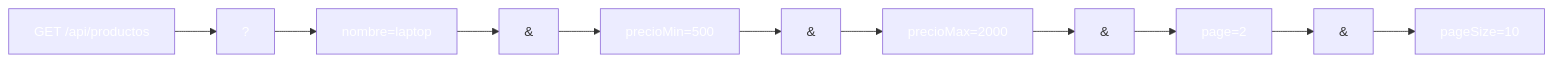
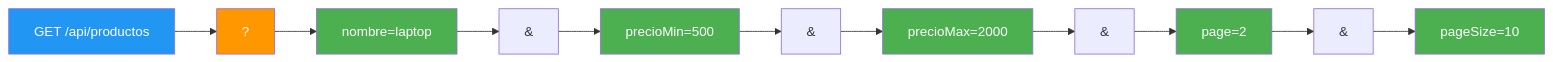
The seventh of 11 diagrams in 08-dtos-mapeadores-validaciones.md (joseluisgs/DesarrolloWebEntornosServidor-02-2026-2027), drawn with Mermaid before and after one commit. The commit also changed other lines of this file and 29 other files, not shown here.

Commit message:
docs: corregir estilos Mermaid y estilo, quitar referencias a la Tienda y reestructurar los retos 13 y 15

````diff
--- a/08-dtos-mapeadores-validaciones.md
+++ b/08-dtos-mapeadores-validaciones.md
@@ -891,21 +891,21 @@
 ```mermaid
 flowchart LR
     A["GET /api/productos"] --> B["?"]
     B --> C["nombre=laptop"]
     C --> D["&"]
     D --> E["precioMin=500"]
     E --> F["&"]
     F --> G["precioMax=2000"]
     G --> H["&"]
     H --> I["page=2"]
     I --> J["&"]
     J --> K["pageSize=10"]
 
-    style A fill:#2196F,color:#fff3,color:#fff
-    style B fill:#FF980,color:#fff0,color:#fff
-    style C fill:#4CAF5,color:#fff0,color:#fff
-    style E fill:#4CAF5,color:#fff0,color:#fff
-    style G fill:#4CAF5,color:#fff0,color:#fff
-    style I fill:#4CAF5,color:#fff0,color:#fff
-    style K fill:#4CAF5,color:#fff0,color:#fff
+    style A fill:#2196F3,color:#fff
+    style B fill:#FF9800,color:#fff
+    style C fill:#4CAF50,color:#fff
+    style E fill:#4CAF50,color:#fff
+    style G fill:#4CAF50,color:#fff
+    style I fill:#4CAF50,color:#fff
+    style K fill:#4CAF50,color:#fff
 ```
````
